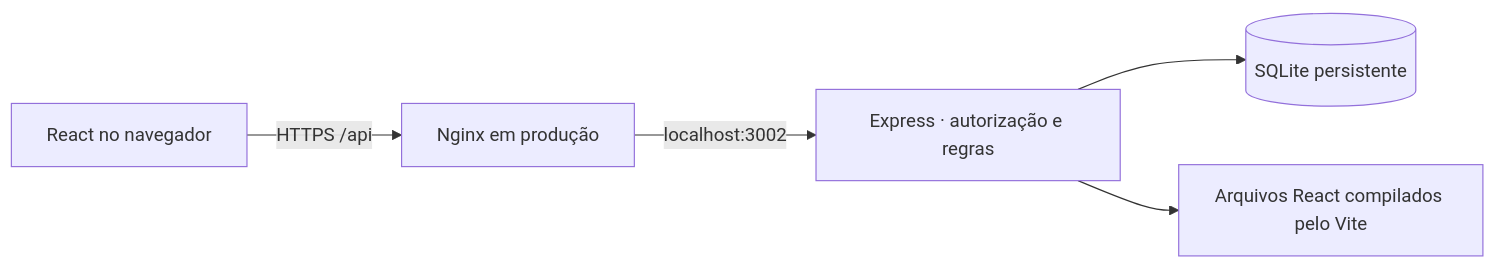
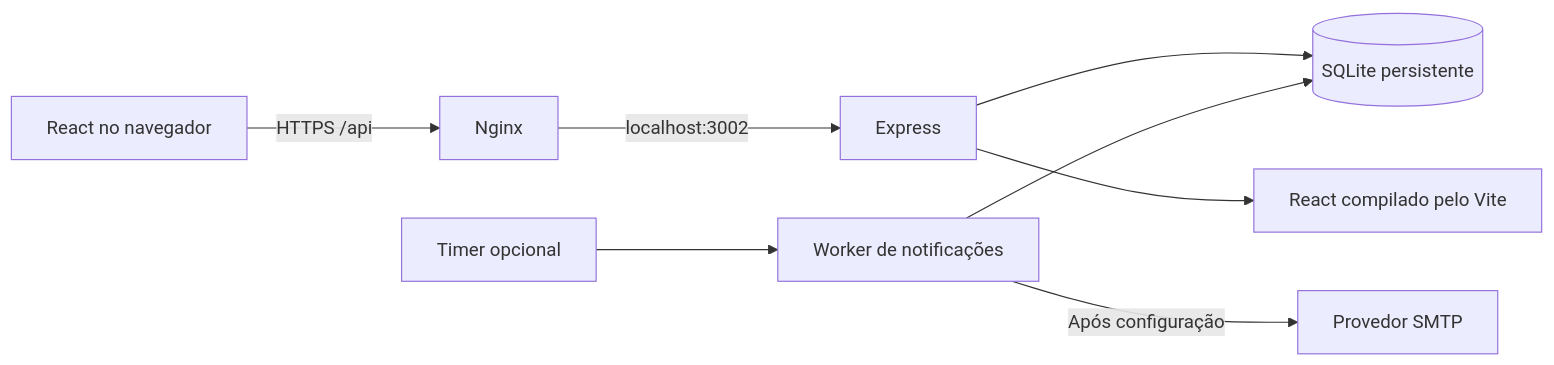
One commit to felixpfu/univille-eventos changed the diagram in README.md. Above: the diagram before and after it, drawn with Mermaid. The commit also changed other lines of this file and 27 other files, not shown here.

````diff
--- a/README.md
+++ b/README.md
@@ -43,7 +54,10 @@
 ```mermaid
 flowchart LR
-    Browser[React no navegador] -->|HTTPS /api| Nginx[Nginx em produção]
-    Nginx -->|localhost:3002| API[Express · autorização e regras]
+    Browser[React no navegador] -->|HTTPS /api| Nginx[Nginx]
+    Nginx -->|localhost:3002| API[Express]
     API --> DB[(SQLite persistente)]
-    API --> Build[Arquivos React compilados pelo Vite]
+    API --> Build[React compilado pelo Vite]
+    Timer[Timer opcional] --> Worker[Worker de notificações]
+    Worker --> DB
+    Worker -->|Após configuração| SMTP[Provedor SMTP]
 ```
````
